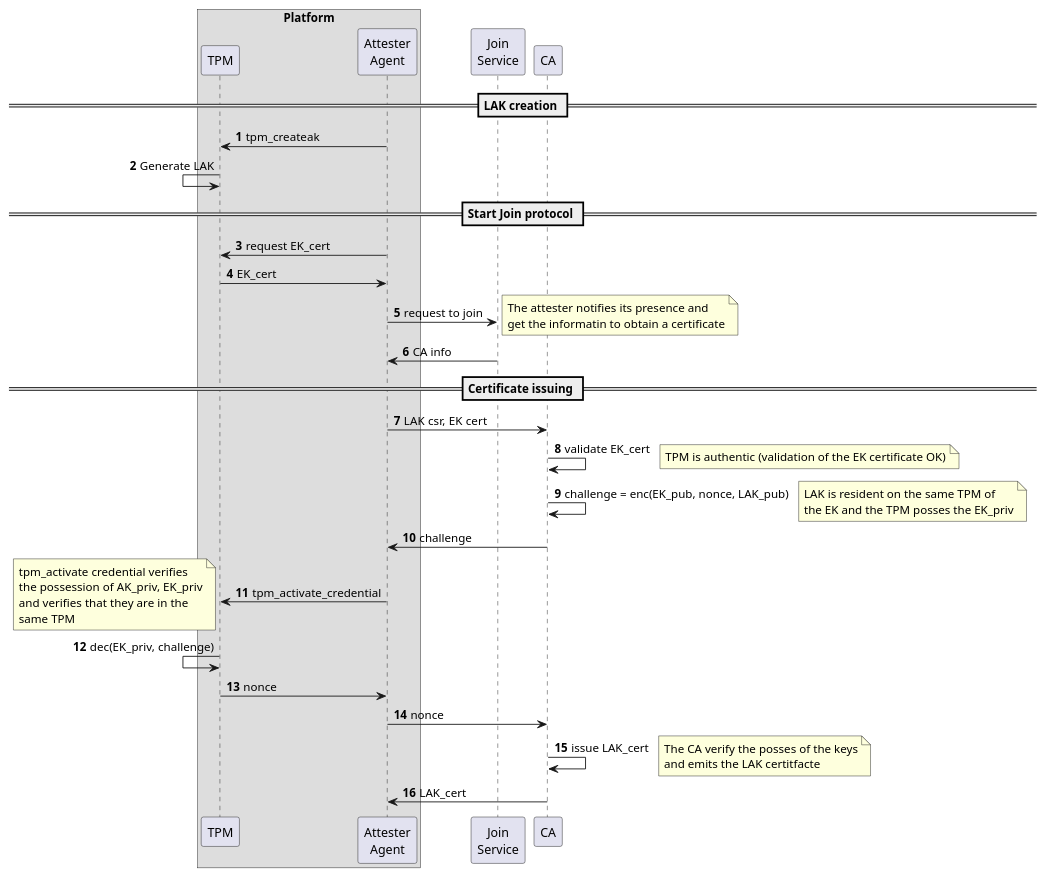
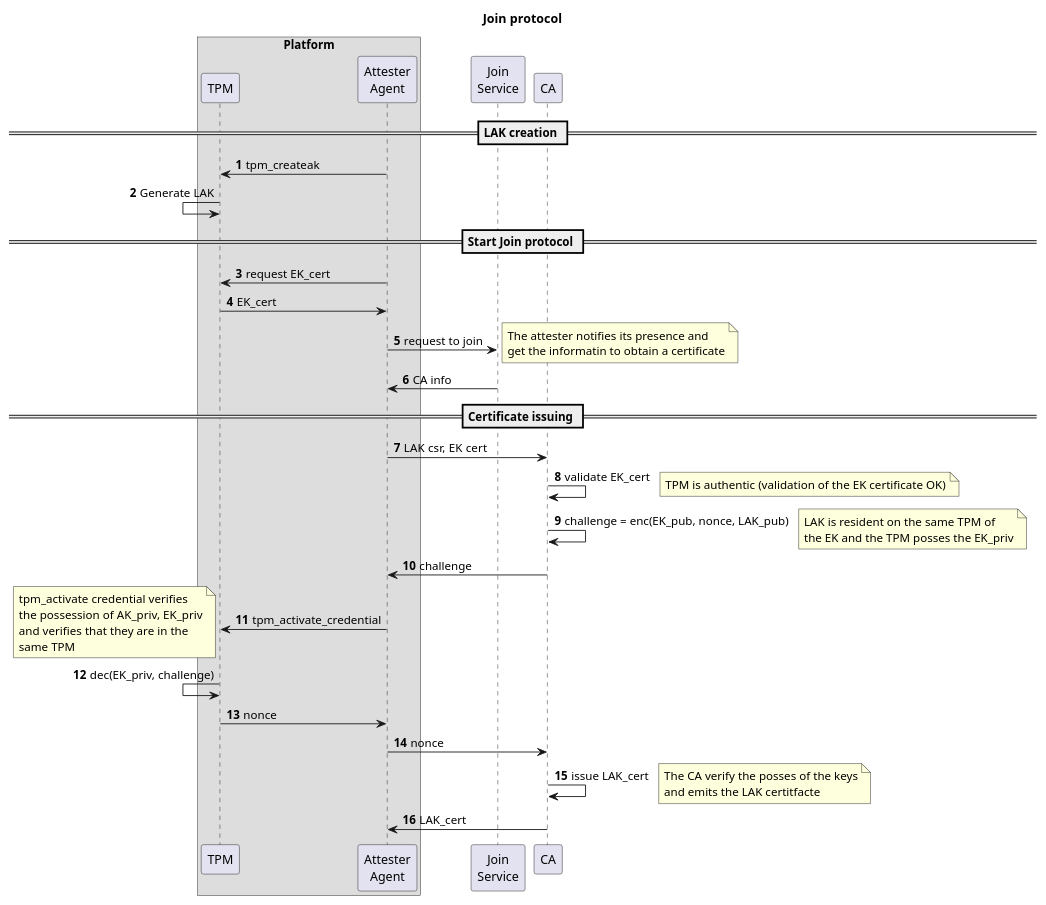
One commit to Cybersecurity-LINKS/embrave changed the diagram in docs/protocols/join.puml. Above: the diagram before and after it, drawn with PlantUML. The commit also changed 6 other files, not shown here.

```diff
--- a/docs/protocols/join.puml
+++ b/docs/protocols/join.puml
@@ -1,52 +1,55 @@
 @startuml join
+title
+Join protocol
+end title
 autonumber
 
 box "Platform"
 participant TPM
 participant "Attester\nAgent" as attester_agent
 endbox
 participant "Join\nService" as join_service
 
 == LAK creation ==
 TPM<-attester_agent: tpm_createak
 TPM<-TPM:  Generate LAK
 
 == Start Join protocol ==
 TPM<-attester_agent: request EK_cert
 TPM->attester_agent: EK_cert
 attester_agent->join_service: request to join
 note right
 The attester notifies its presence and
 get the informatin to obtain a certificate
 end note
 join_service->attester_agent: CA info
 
 == Certificate issuing ==
 attester_agent->CA: LAK csr, EK cert
 CA->CA: validate EK_cert
 note right
 TPM is authentic (validation of the EK certificate OK)
 end note
 CA->CA: challenge = enc(EK_pub, nonce, LAK_pub)
 note right
 LAK is resident on the same TPM of
 the EK and the TPM posses the EK_priv
 end note
 attester_agent<-CA: challenge
 TPM<-attester_agent: tpm_activate_credential
 note left
 tpm_activate credential verifies
 the possession of AK_priv, EK_priv
 and verifies that they are in the
 same TPM
 end note
 TPM<-TPM: dec(EK_priv, challenge)
 TPM->attester_agent: nonce
 attester_agent->CA: nonce
 CA->CA: issue LAK_cert
 note right
 The CA verify the posses of the keys
 and emits the LAK certitfacte
 end note
 CA->attester_agent: LAK_cert
 @enduml
```
